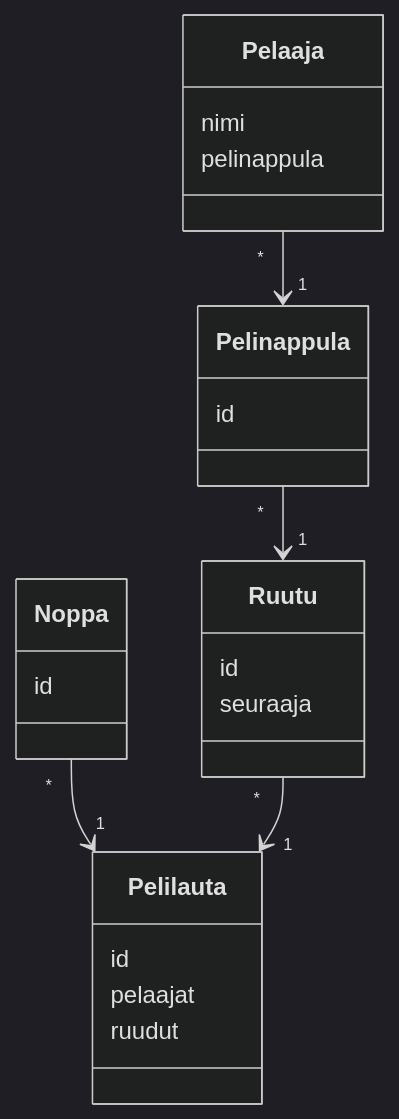
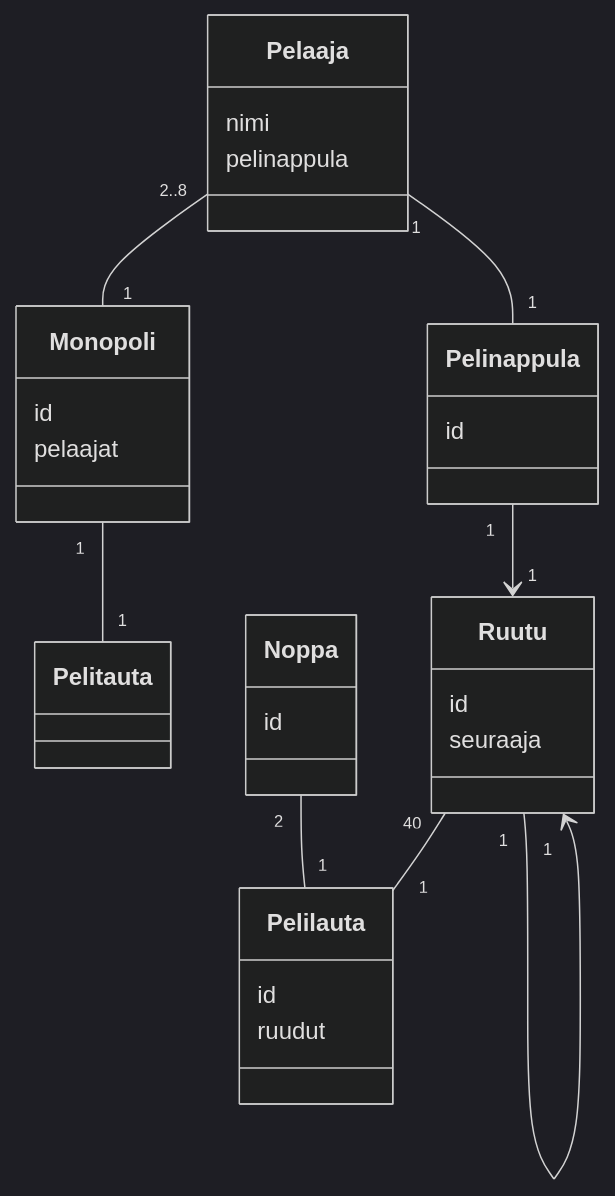
One commit to federma/ot-harjoitustyo changed the diagram in laskarit/viikko3/monopoli_luokkakaavio.md. Above: the diagram before and after it, drawn with Mermaid (dark theme).

Commit message:
week 3, task 1

````diff
--- a/laskarit/viikko3/monopoli_luokkakaavio.md
+++ b/laskarit/viikko3/monopoli_luokkakaavio.md
@@ -3,26 +3,32 @@
 ```mermaid
  classDiagram
-      Noppa "*" --> "1" Pelilauta
-      Ruutu "*" --> "1" Pelilauta
-      Pelaaja "*" --> "1" Pelinappula
-      Pelinappula "*" --> "1" Ruutu
-      class Pelilauta{
-          id
-          pelaajat
-          ruudut
-      }
-      class Noppa{
-          id
-      }
-      class Ruutu{
-          id
-          seuraaja
-      }
-      class Pelaaja{
-          nimi
-          pelinappula
-      }
-      class Pelinappula{
-          id
-      }
+    Monopoli "1" -- "1" Pelitauta
+    Noppa "2" -- "1" Pelilauta
+    Ruutu "40" -- "1" Pelilauta
+    Ruutu "1" --> "1" Ruutu
+    Pelaaja "2..8" -- "1" Monopoli
+    Pelaaja "1" -- "1" Pelinappula
+    Pelinappula "1" --> "1" Ruutu
+    class Monopoli {
+        id
+        pelaajat
+    }
+    class Pelilauta{
+        id
+        ruudut
+    }
+    class Noppa{
+        id
+    }
+    class Ruutu{
+        id
+        seuraaja
+    }
+    class Pelaaja{
+        nimi
+        pelinappula
+    }
+    class Pelinappula{
+        id
+    }
 ```
````
